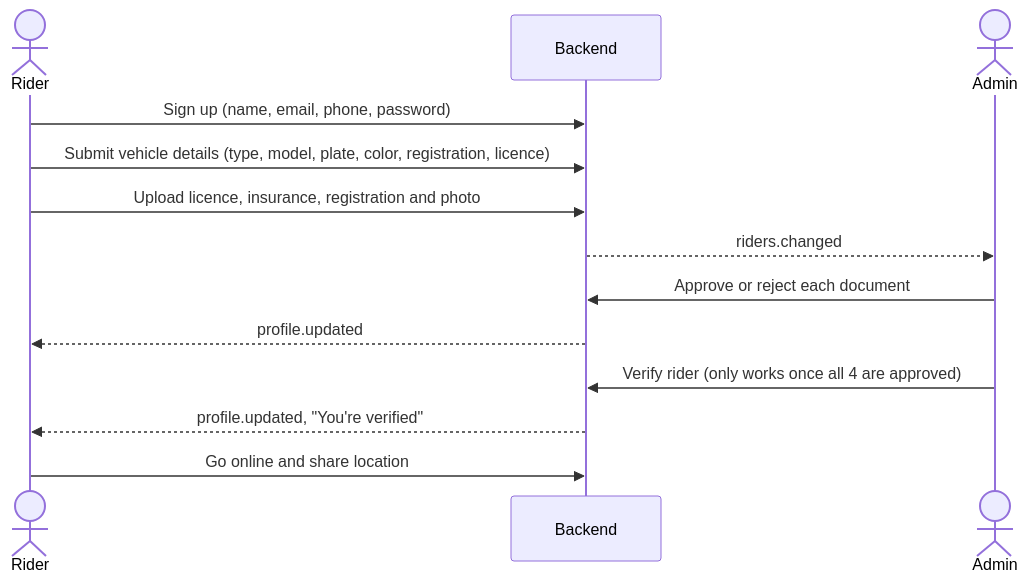
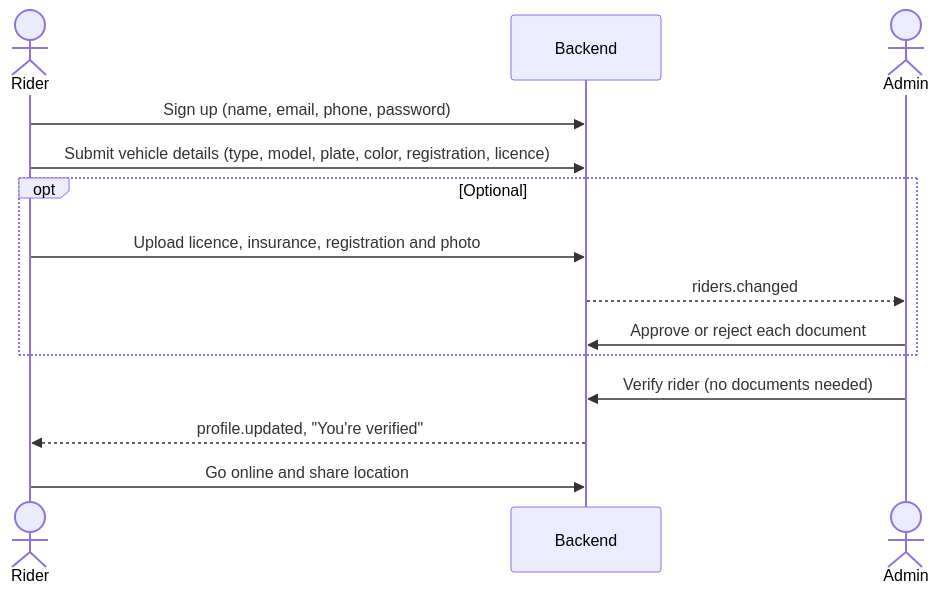
One commit to TanvirMahmudTushar/Deep-Learning-Based-Ride-Sharing-System changed the second of 4 diagrams in Docs/Plan.md. Above: the diagram before and after it, drawn with Mermaid. The commit also changed other lines of this file and 14 other files, not shown here.

Commit message:
Update rider verification process to make document uploads optional across the application

````diff
--- a/Docs/Plan.md
+++ b/Docs/Plan.md
@@ -63,15 +63,16 @@
 ```mermaid
 sequenceDiagram
   actor Rider
   participant API as Backend
   actor Admin
   Rider->>API: Sign up (name, email, phone, password)
   Rider->>API: Submit vehicle details (type, model, plate, color, registration, licence)
-  Rider->>API: Upload licence, insurance, registration and photo
-  API-->>Admin: riders.changed
-  Admin->>API: Approve or reject each document
-  API-->>Rider: profile.updated
-  Admin->>API: Verify rider (only works once all 4 are approved)
+  opt Optional
+    Rider->>API: Upload licence, insurance, registration and photo
+    API-->>Admin: riders.changed
+    Admin->>API: Approve or reject each document
+  end
+  Admin->>API: Verify rider (no documents needed)
   API-->>Rider: profile.updated, "You're verified"
   Rider->>API: Go online and share location
 ```
````
